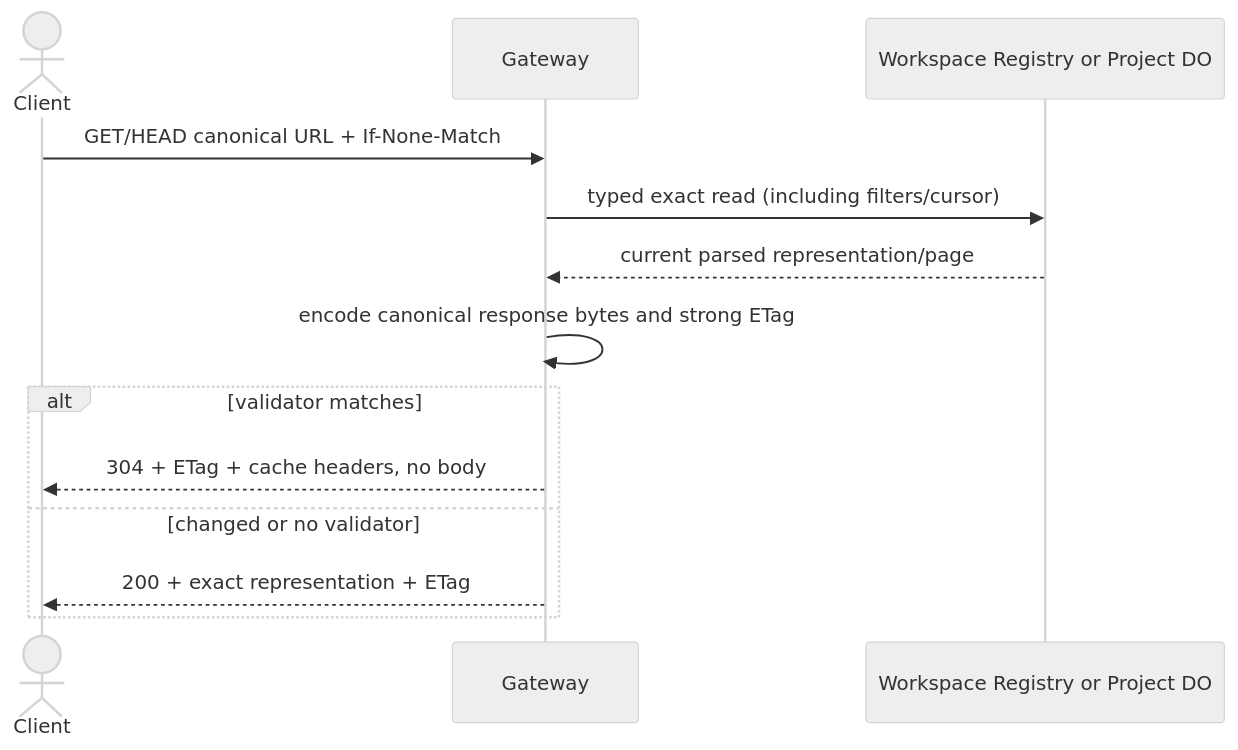
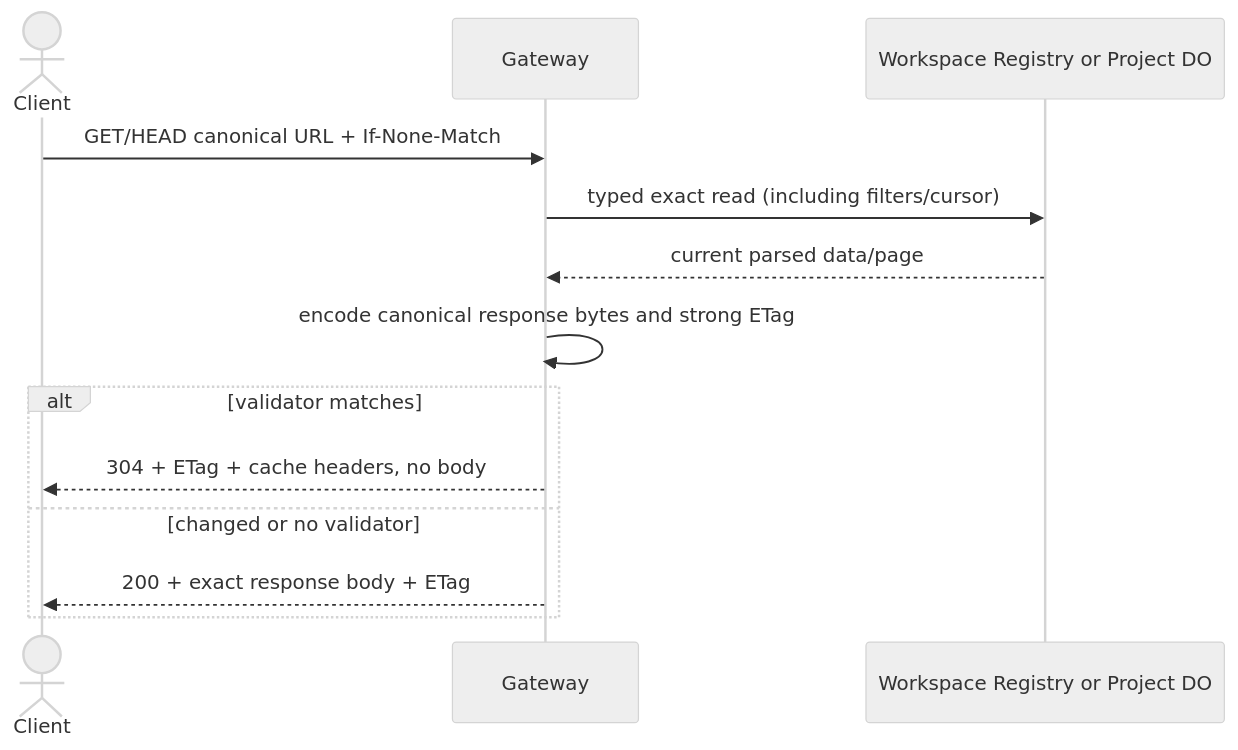
Before and after one commit to dmmulroy/overseer: the fourth of 6 diagrams in docs/adr/0001-mvp-system-architecture.md, drawn with Mermaid (neutral theme). The commit also changed other lines of this file and 27 other files, not shown here.

Commit message:
Use standard API and timeline terminology

````diff
--- a/docs/adr/0001-mvp-system-architecture.md
+++ b/docs/adr/0001-mvp-system-architecture.md
@@ -186,16 +186,16 @@
 ```mermaid
 sequenceDiagram
   actor C as Client
   participant G as Gateway
   participant O as Workspace Registry or Project DO
 
   C->>G: GET/HEAD canonical URL + If-None-Match
   G->>O: typed exact read (including filters/cursor)
-  O-->>G: current parsed representation/page
+  O-->>G: current parsed data/page
   G->>G: encode canonical response bytes and strong ETag
   alt validator matches
     G-->>C: 304 + ETag + cache headers, no body
   else changed or no validator
-    G-->>C: 200 + exact representation + ETag
+    G-->>C: 200 + exact response body + ETag
   end
 ```
````
